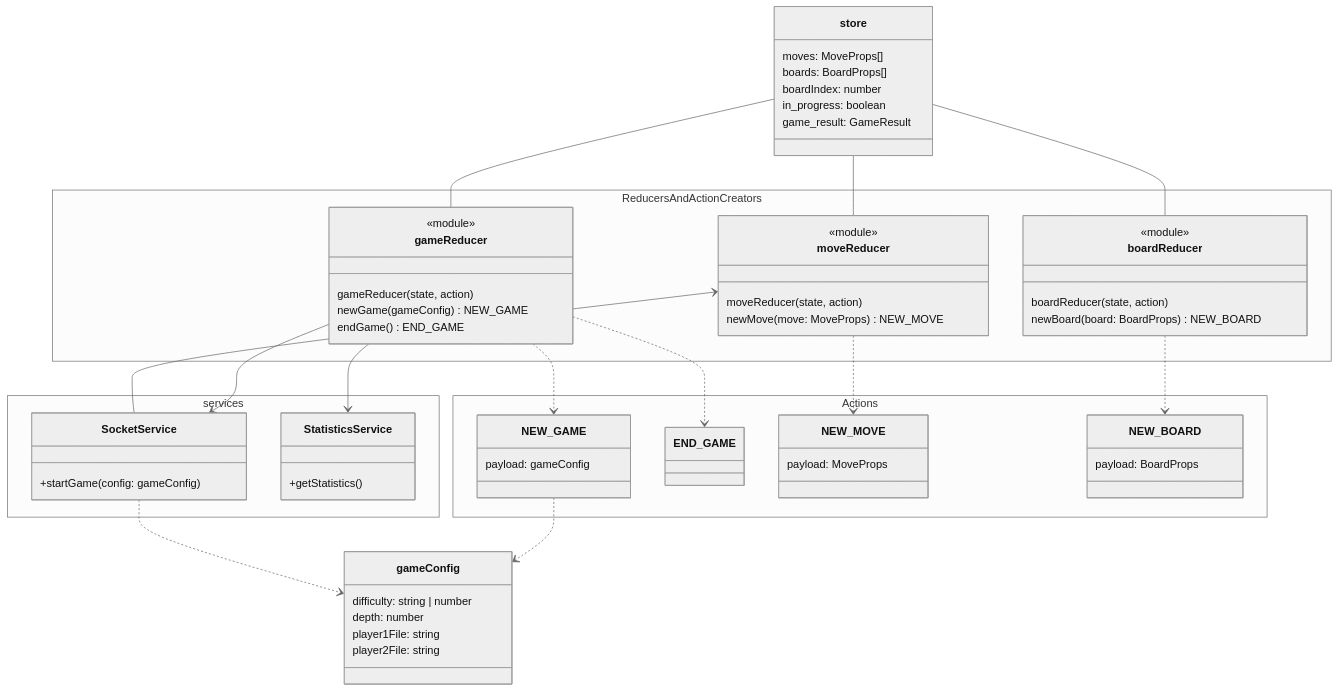
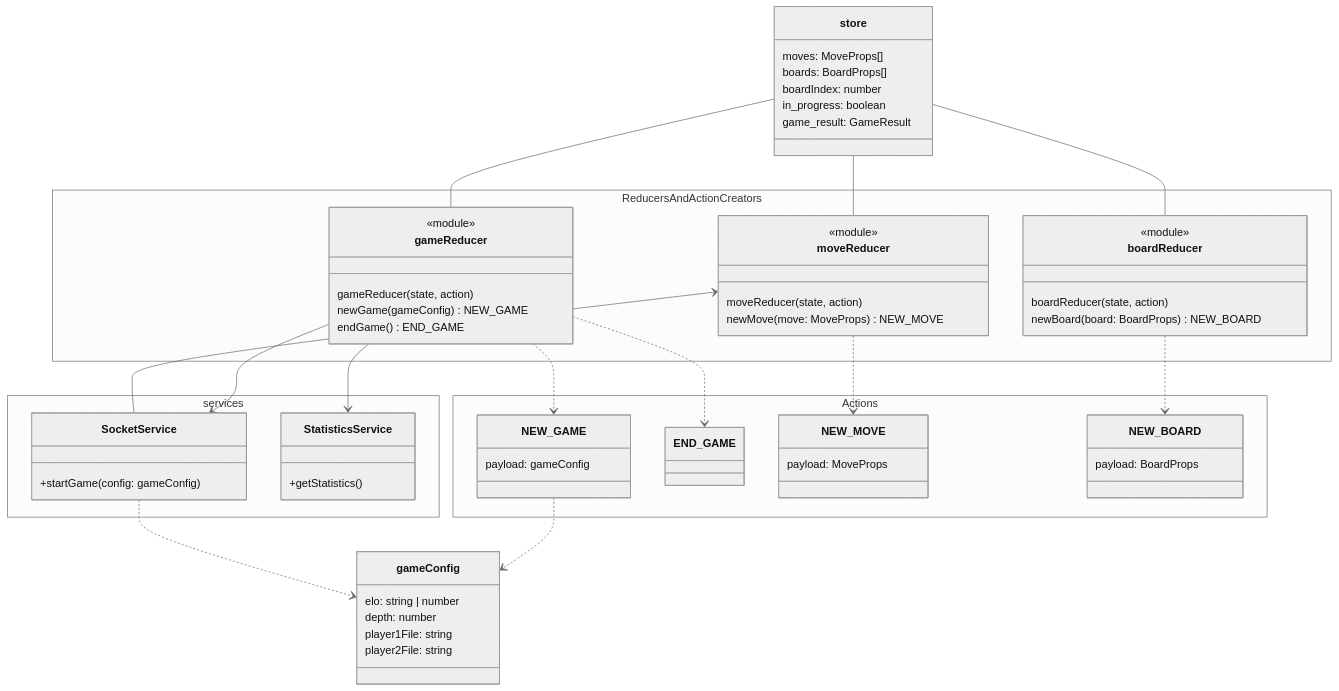
Before and after one commit to game-ai-platform-team/tira-ai-platform: the fifth of 5 diagrams in docs/architecture.md, drawn with Mermaid (neutral theme). The commit also changed other lines of this file and 6 other files, not shown here.

````diff
--- a/docs/architecture.md
+++ b/docs/architecture.md
@@ -227,83 +227,83 @@
 ```mermaid
 classDiagram
 
 store -- moveReducer
 store -- gameReducer
 store -- boardReducer
 
 gameReducer ..> NEW_GAME
 gameReducer ..> END_GAME
 moveReducer ..> NEW_MOVE
 boardReducer ..> NEW_BOARD
 NEW_GAME ..> gameConfig
 
 gameReducer --> SocketService
 gameReducer --> StatisticsService
 moveReducer <-- SocketService
 
 SocketService ..> gameConfig
 
 namespace services {
     class SocketService {
         +startGame(config: gameConfig)
     }
 
     class StatisticsService {
         +getStatistics()
     }
 }
 
 class gameConfig {
-    difficulty: string | number
+    elo: string | number
     depth: number
     player1File: string
     player2File: string
 }
 
 class store {
     moves: MoveProps[]
     boards: BoardProps[]
     boardIndex: number
     in_progress: boolean
     game_result: GameResult
 }
 
 
 namespace ReducersAndActionCreators {
     class moveReducer {
         <<module>>
         moveReducer(state, action)
         newMove(move: MoveProps) NEW_MOVE
     }
 
     class gameReducer {
         <<module>>
         gameReducer(state, action)
         newGame(gameConfig) NEW_GAME
         endGame() END_GAME
     }
 
     class boardReducer {
         <<module>>
         boardReducer(state, action)
         newBoard(board: BoardProps) NEW_BOARD
     }
 }
 
 namespace Actions {
     class NEW_MOVE {
         payload: MoveProps
     }
 
     class NEW_BOARD {
         payload: BoardProps
     }
 
     class NEW_GAME {
         payload: gameConfig
     }
 
     class END_GAME
 }
 
 ```
````
